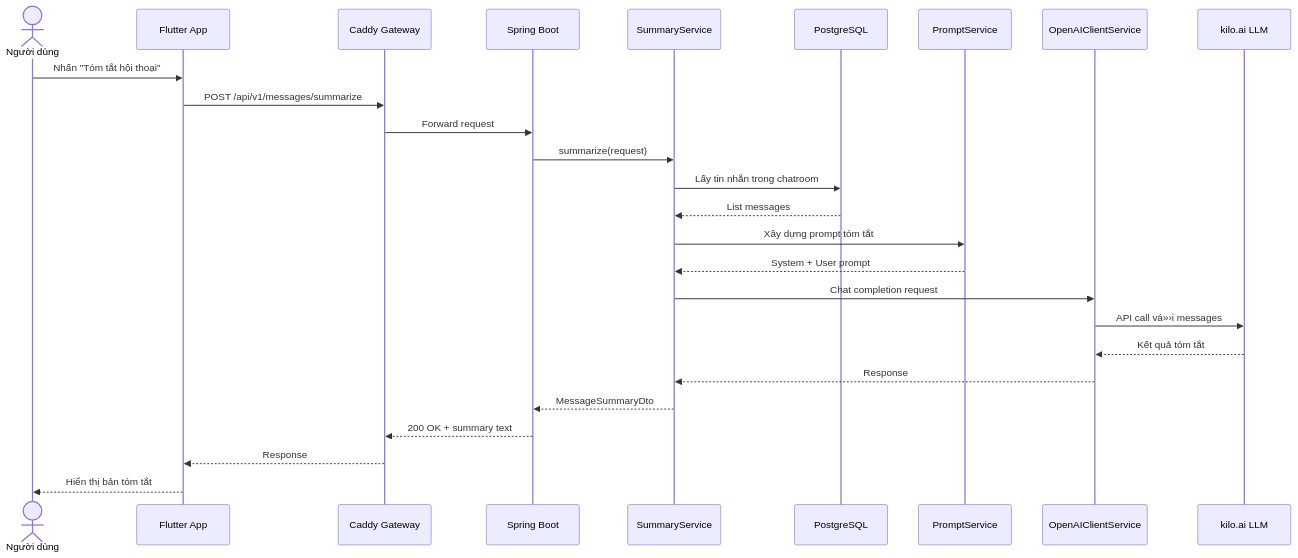
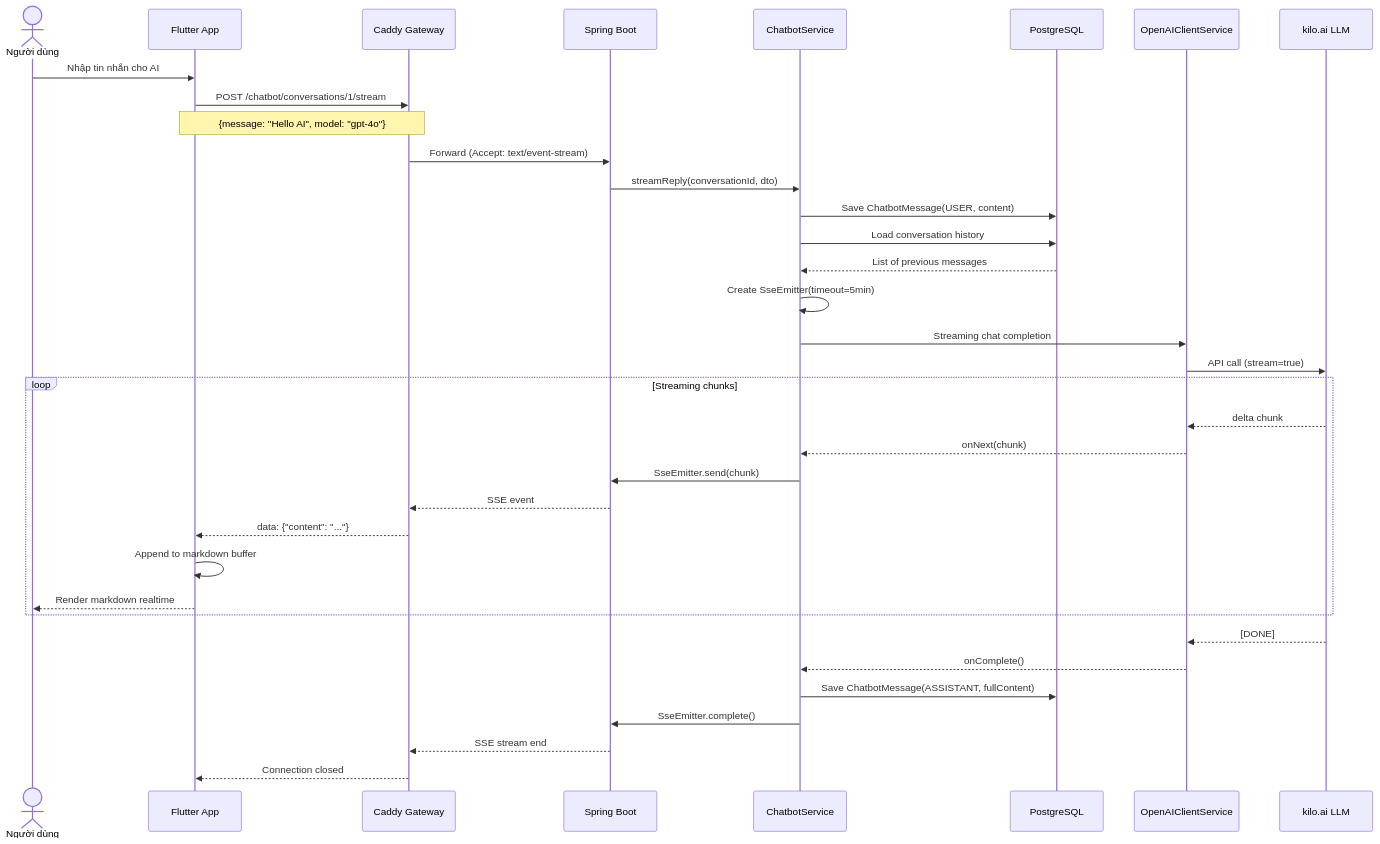
The seventh of 11 diagrams in bao_cao_thanh_vien_1.md (HiepNguyen284/chatapp), drawn with Mermaid before and after one commit. The commit also changed other lines of this file and 4473 other files, not shown here.

````diff
--- a/bao_cao_thanh_vien_1.md
+++ b/bao_cao_thanh_vien_1.md
@@ -865,29 +657,40 @@
 ```mermaid
 sequenceDiagram
     actor User as Người dùng
     participant App as Flutter App
     participant API as Caddy Gateway
     participant SB as Spring Boot
-    participant SumSvc as SummaryService
+    participant BotSvc as ChatbotService
     participant DB as PostgreSQL
-    participant Prompt as PromptService
     participant OpenAI as OpenAIClientService
     participant LLM as kilo.ai LLM
 
-    User->>App: Nhấn "Tóm tắt hội thoại"
-    App->>API: POST /api/v1/messages/summarize
-    API->>SB: Forward request
-    SB->>SumSvc: summarize(request)
-    SumSvc->>DB: Lấy tin nhắn trong chatroom
-    DB-->>SumSvc: List messages
-    SumSvc->>Prompt: Xây dựng prompt tóm tắt
-    Prompt-->>SumSvc: System + User prompt
-    SumSvc->>OpenAI: Chat completion request
-    OpenAI->>LLM: API call vá»›i messages
-    LLM-->>OpenAI: Kết quả tóm tắt
-    OpenAI-->>SumSvc: Response
-    SumSvc-->>SB: MessageSummaryDto
-    SB-->>API: 200 OK + summary text
-    API-->>App: Response
-    App-->>User: Hiển thị bản tóm tắt
+    User->>App: Nhập tin nhắn cho AI
+    App->>API: POST /chatbot/conversations/1/stream
+    Note over App,API: {message: "Hello AI", model: "gpt-4o"}
+    API->>SB: Forward (Accept: text/event-stream)
+    SB->>BotSvc: streamReply(conversationId, dto)
+    BotSvc->>DB: Save ChatbotMessage(USER, content)
+    BotSvc->>DB: Load conversation history
+    DB-->>BotSvc: List of previous messages
+    BotSvc->>BotSvc: Create SseEmitter(timeout=5min)
+    BotSvc->>OpenAI: Streaming chat completion
+    OpenAI->>LLM: API call (stream=true)
+
+    loop Streaming chunks
+        LLM-->>OpenAI: delta chunk
+        OpenAI-->>BotSvc: onNext(chunk)
+        BotSvc->>SB: SseEmitter.send(chunk)
+        SB-->>API: SSE event
+        API-->>App: data: {"content": "..."}
+        App->>App: Append to markdown buffer
+        App-->>User: Render markdown realtime
+    end
+
+    LLM-->>OpenAI: [DONE]
+    OpenAI-->>BotSvc: onComplete()
+    BotSvc->>DB: Save ChatbotMessage(ASSISTANT, fullContent)
+    BotSvc->>SB: SseEmitter.complete()
+    SB-->>API: SSE stream end
+    API-->>App: Connection closed
 ```
````
